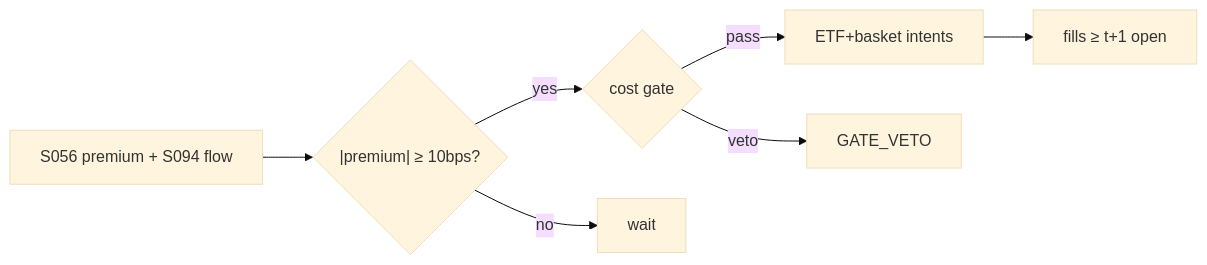
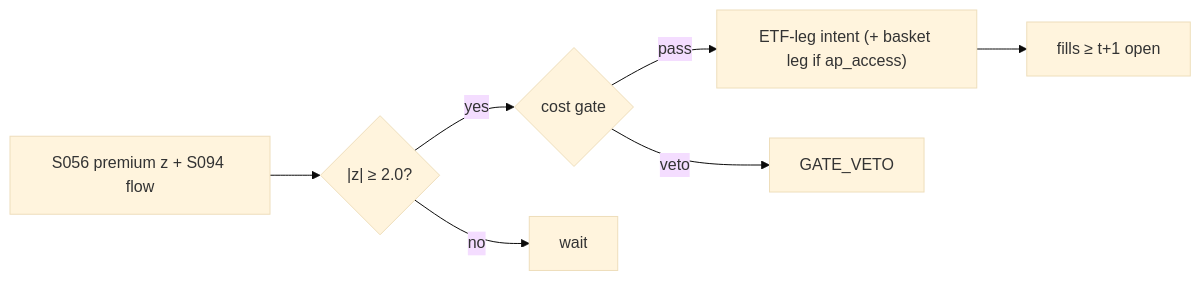
Before and after one commit to praveenguptahcl/quant-signals-deep: the diagram in modules/strategies/T039.md, drawn with Mermaid (base theme). The commit also changed other lines of this file and 275 other files, not shown here.

````diff
--- a/modules/strategies/T039.md
+++ b/modules/strategies/T039.md
@@ -478,9 +568,9 @@
 ```mermaid
 flowchart LR
-    SIG["S056 premium + S094 flow"] --> P{"|premium| ≥ 10bps?"}
+    SIG["S056 premium z + S094 flow"] --> P{"|z| ≥ 2.0?"}
     P -->|yes| G{"cost gate"}
     P -->|no| WAIT["wait"]
-    G -->|pass| ARB["ETF+basket intents"]
+    G -->|pass| ARB["ETF-leg intent (+ basket leg if ap_access)"]
     G -->|veto| LOG["GATE_VETO"]
     ARB --> FILL["fills ≥ t+1 open"]
 ```
````
